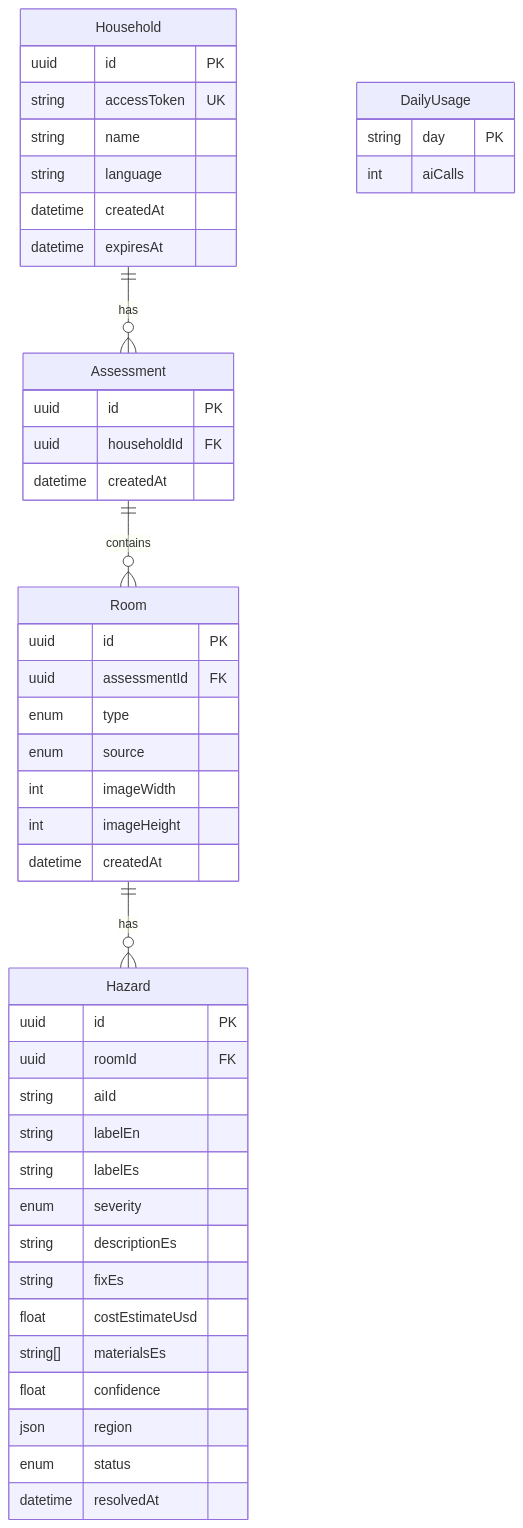
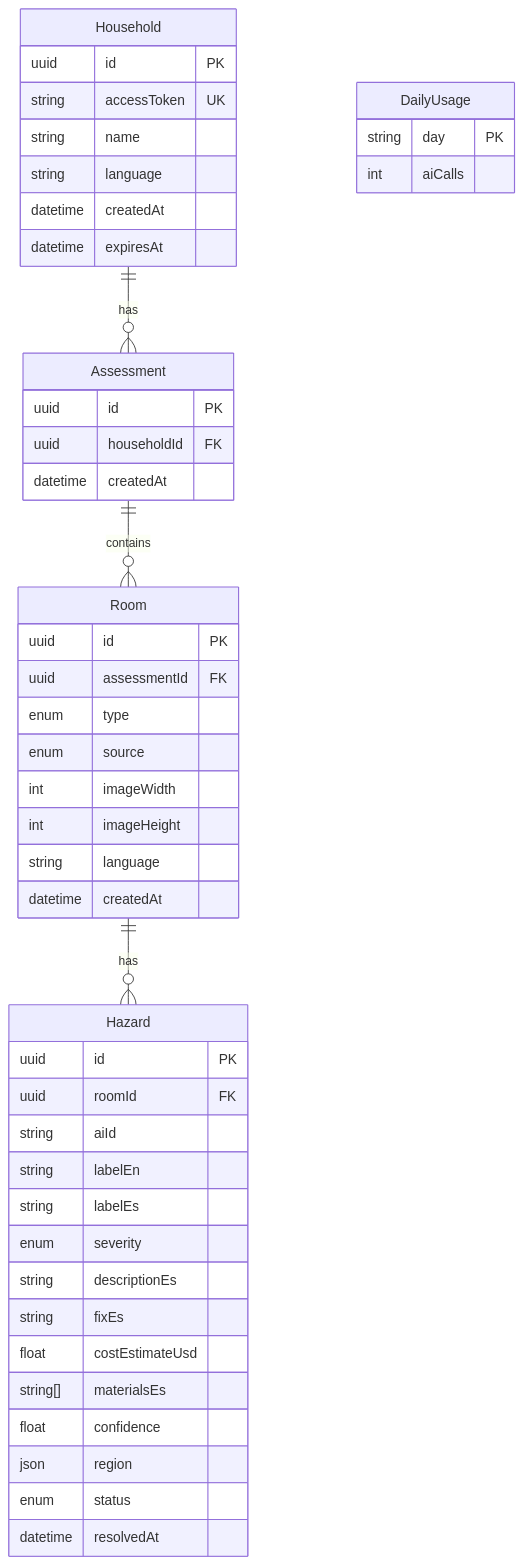
Before and after one commit to KarlaPocasangre/aegis-home: the diagram in docs/DATA_MODEL.md, drawn with Mermaid. The commit also changed other lines of this file and 8 other files, not shown here.

````diff
--- a/docs/DATA_MODEL.md
+++ b/docs/DATA_MODEL.md
@@ -17,49 +23,50 @@
 ```mermaid
 erDiagram
     Household ||--o{ Assessment : has
     Assessment ||--o{ Room : contains
     Room ||--o{ Hazard : has
 
     Household {
         uuid id PK
         string accessToken UK
         string name
         string language
         datetime createdAt
         datetime expiresAt
     }
     Assessment {
         uuid id PK
         uuid householdId FK
         datetime createdAt
     }
     Room {
         uuid id PK
         uuid assessmentId FK
         enum type
         enum source
         int imageWidth
         int imageHeight
+        string language
         datetime createdAt
     }
     Hazard {
         uuid id PK
         uuid roomId FK
         string aiId
         string labelEn
         string labelEs
         enum severity
         string descriptionEs
         string fixEs
         float costEstimateUsd
         string[] materialsEs
         float confidence
         json region
         enum status
         datetime resolvedAt
     }
     DailyUsage {
         string day PK
         int aiCalls
     }
 ```
````
